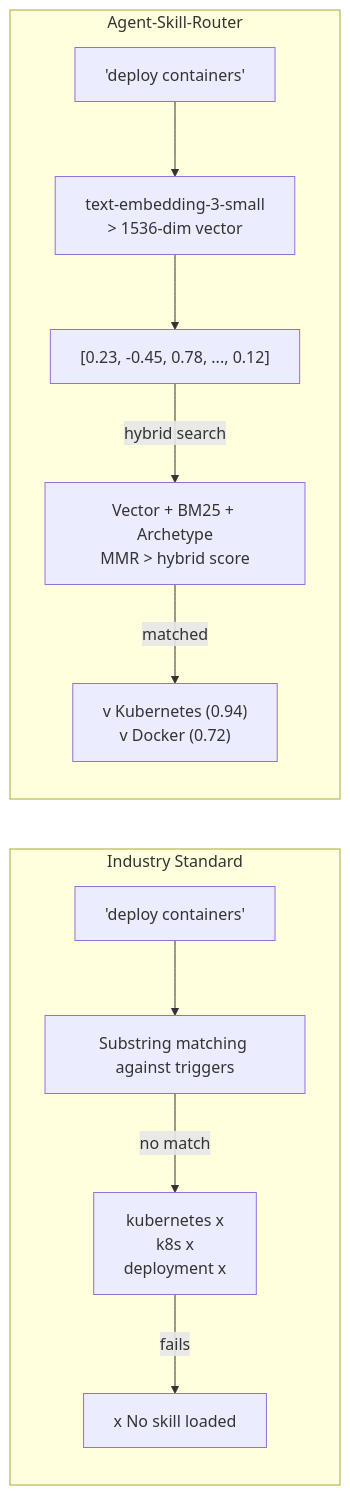
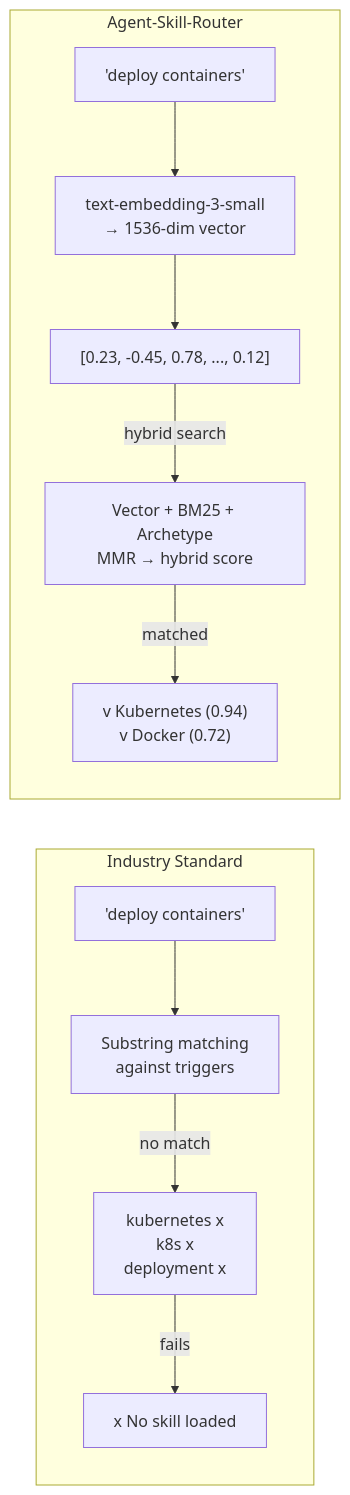
One commit to paulpas/agent-skill-router changed the fifth of 10 diagrams in docs/skill-evolution.md. Above: the diagram before and after it, drawn with Mermaid. The commit also changed other lines of this file and 7 other files, not shown here.

````diff
--- a/docs/skill-evolution.md
+++ b/docs/skill-evolution.md
@@ -297,17 +297,17 @@
 ```mermaid
 flowchart LR
     subgraph Industry["Industry Standard"]
         direction TB
-        I1["'deploy containers'"] --> I2["Substring matching against triggers"]
+        I1["'deploy containers'"] --> I2["Substring matching<br/>against triggers"]
         I2 -->|"no match"| I3["kubernetes x<br/>k8s x<br/>deployment x"]
         I3 -->|"fails"| I4["x No skill loaded"]
     end
-    
+
     subgraph Router["Agent-Skill-Router"]
         direction TB
-        R1["'deploy containers'"] --> R2["text-embedding-3-small<br/>> 1536-dim vector"]
+        R1["'deploy containers'"] --> R2["text-embedding-3-small<br/>→ 1536-dim vector"]
         R2 --> R3["[0.23, -0.45, 0.78, ..., 0.12]"]
-        R3 -->|"hybrid search"| R4["Vector + BM25 + Archetype<br/>MMR > hybrid score"]
+        R3 -->|"hybrid search"| R4["Vector + BM25 + Archetype<br/>MMR → hybrid score"]
         R4 -->|"matched"| R5["v Kubernetes (0.94)<br/>v Docker (0.72)"]
     end
 ```
````
